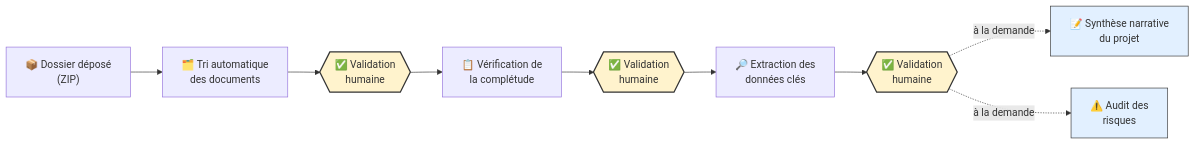
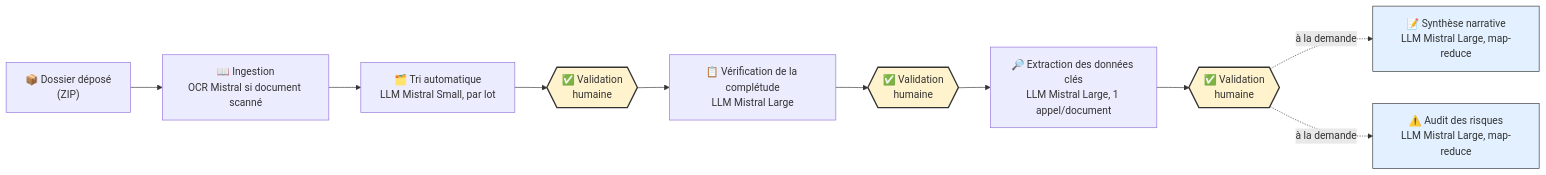
Before and after one commit to louisclzzzzzzz/AOP-app-v2: the first of 10 diagrams in docs/presentation/01_DIAGRAMMES_MERMAID.md, drawn with Mermaid. The commit also changed other lines of this file, not shown here.

First line of the commit message:
Rend les diagrammes Mermaid un peu plus techniques

````diff
--- a/docs/presentation/01_DIAGRAMMES_MERMAID.md
+++ b/docs/presentation/01_DIAGRAMMES_MERMAID.md
@@ -19,17 +21,18 @@
 ```mermaid
 flowchart LR
-    A["📦 Dossier déposé<br/>(ZIP)"] --> B["🗂️ Tri automatique<br/>des documents"]
+    A["📦 Dossier déposé<br/>(ZIP)"] --> A2["📖 Ingestion<br/>OCR Mistral si document scanné"]
+    A2 --> B["🗂️ Tri automatique<br/>LLM Mistral Small, par lot"]
     B --> C{{"✅ Validation<br/>humaine"}}
-    C --> D["📋 Vérification de<br/>la complétude"]
+    C --> D["📋 Vérification de la complétude<br/>LLM Mistral Large"]
     D --> E{{"✅ Validation<br/>humaine"}}
-    E --> F["🔎 Extraction des<br/>données clés"]
+    E --> F["🔎 Extraction des données clés<br/>LLM Mistral Large, 1 appel/document"]
     F --> G{{"✅ Validation<br/>humaine"}}
-    G -.à la demande.-> H["📝 Synthèse narrative<br/>du projet"]
-    G -.à la demande.-> I["⚠️ Audit des<br/>risques"]
+    G -.à la demande.-> H["📝 Synthèse narrative<br/>LLM Mistral Large, map-reduce"]
+    G -.à la demande.-> I["⚠️ Audit des risques<br/>LLM Mistral Large, map-reduce"]
 
     style C fill:#fff3cd,stroke:#333,stroke-width:2px
     style E fill:#fff3cd,stroke:#333,stroke-width:2px
     style G fill:#fff3cd,stroke:#333,stroke-width:2px
     style H fill:#e2f0ff,stroke:#333
     style I fill:#e2f0ff,stroke:#333
 ```
````
